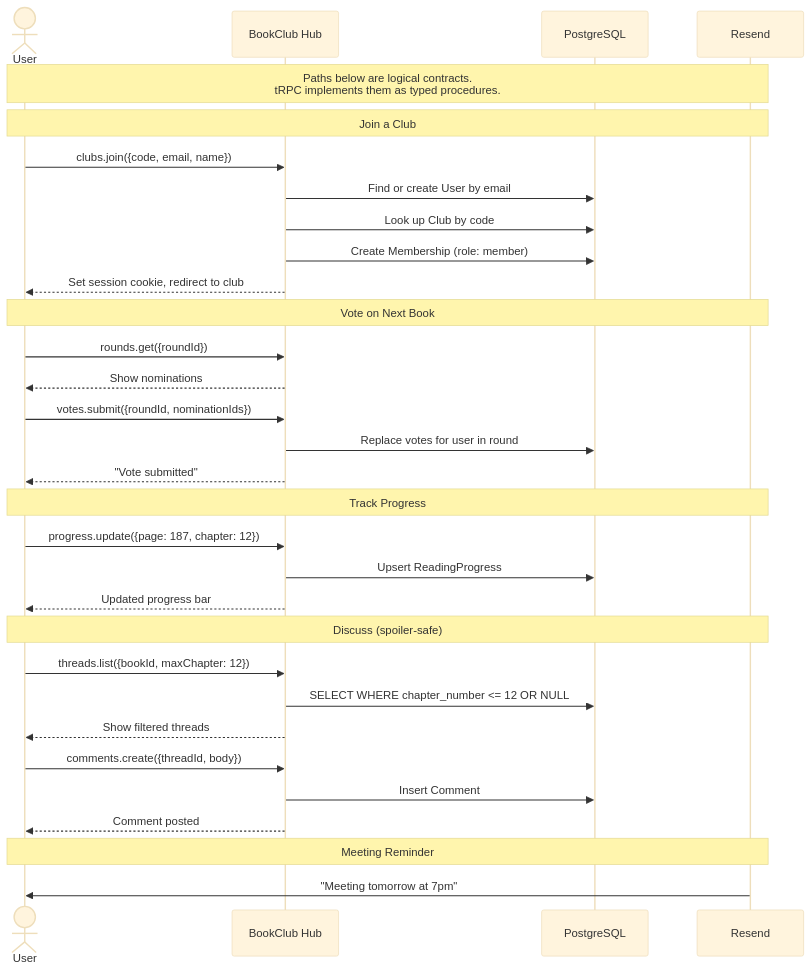
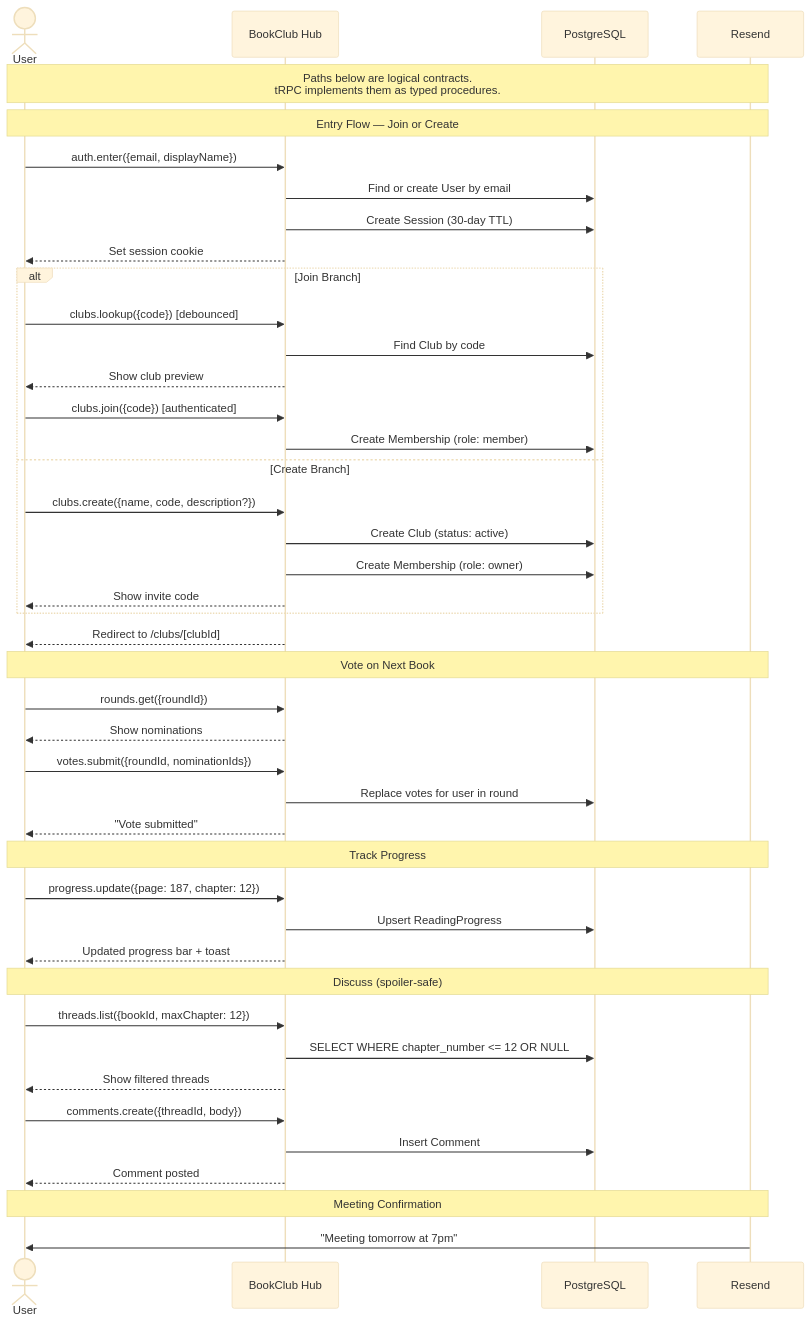
Before and after one commit to evanlwang/bookclub-hub: the third of 3 diagrams in docs/high-level-design.md, drawn with Mermaid (base theme). The commit also changed other lines of this file and 38 other files, not shown here.

````diff
--- a/docs/high-level-design.md
+++ b/docs/high-level-design.md
@@ -230,39 +234,53 @@
 ```mermaid
 sequenceDiagram
     actor User
     participant App as BookClub Hub
     participant DB as PostgreSQL
     participant Email as Resend
 
     Note over User,Email: Paths below are logical contracts.<br/>tRPC implements them as typed procedures.
 
-    Note over User,Email: Join a Club
-    User->>App: clubs.join({code, email, name})
+    Note over User,Email: Entry Flow — Join or Create
+    User->>App: auth.enter({email, displayName})
     App->>DB: Find or create User by email
-    App->>DB: Look up Club by code
-    App->>DB: Create Membership (role: member)
-    App-->>User: Set session cookie, redirect to club
+    App->>DB: Create Session (30-day TTL)
+    App-->>User: Set session cookie
+
+    alt Join Branch
+        User->>App: clubs.lookup({code}) [debounced]
+        App->>DB: Find Club by code
+        App-->>User: Show club preview
+        User->>App: clubs.join({code}) [authenticated]
+        App->>DB: Create Membership (role: member)
+    else Create Branch
+        User->>App: clubs.create({name, code, description?})
+        App->>DB: Create Club (status: active)
+        App->>DB: Create Membership (role: owner)
+        App-->>User: Show invite code
+    end
+
+    App-->>User: Redirect to /clubs/[clubId]
 
     Note over User,Email: Vote on Next Book
     User->>App: rounds.get({roundId})
     App-->>User: Show nominations
     User->>App: votes.submit({roundId, nominationIds})
     App->>DB: Replace votes for user in round
     App-->>User: "Vote submitted"
 
     Note over User,Email: Track Progress
     User->>App: progress.update({page: 187, chapter: 12})
     App->>DB: Upsert ReadingProgress
-    App-->>User: Updated progress bar
+    App-->>User: Updated progress bar + toast
 
     Note over User,Email: Discuss (spoiler-safe)
     User->>App: threads.list({bookId, maxChapter: 12})
     App->>DB: SELECT WHERE chapter_number <= 12 OR NULL
     App-->>User: Show filtered threads
     User->>App: comments.create({threadId, body})
     App->>DB: Insert Comment
     App-->>User: Comment posted
 
-    Note over User,Email: Meeting Reminder
+    Note over User,Email: Meeting Confirmation
     Email->>User: "Meeting tomorrow at 7pm"
 ```
````
